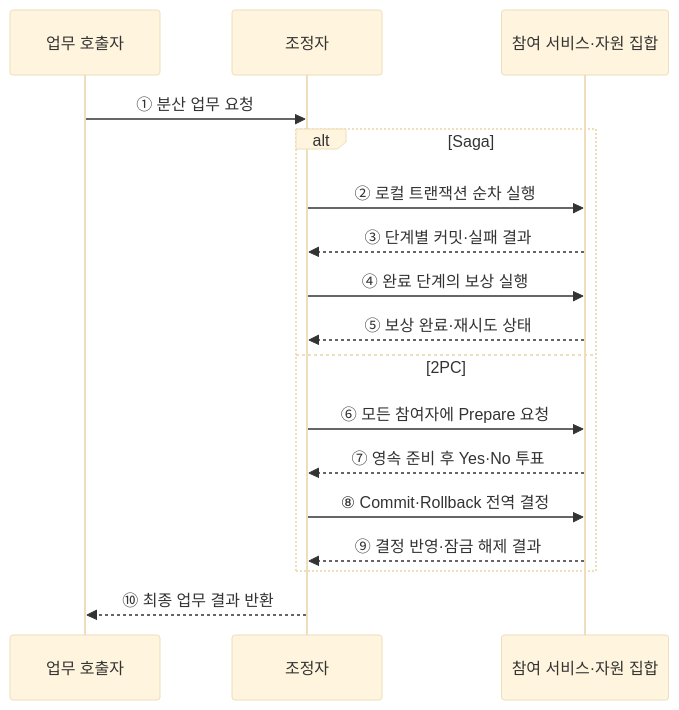
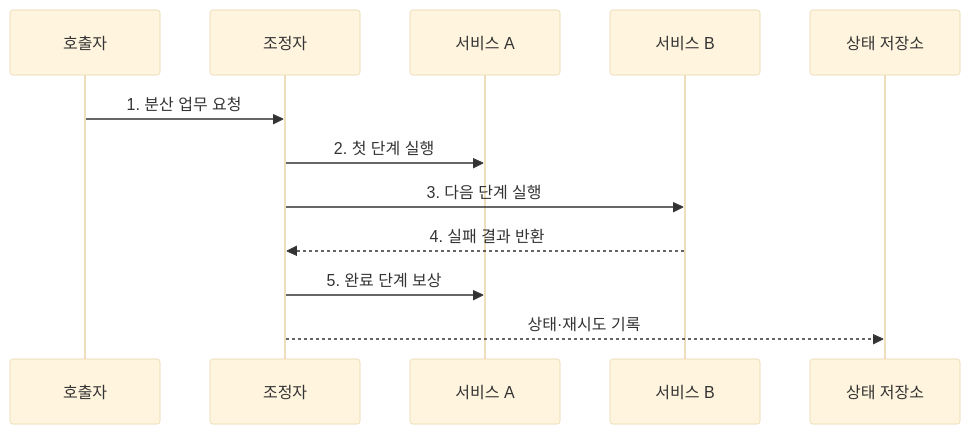
The second of 2 diagrams in src/content/docs/notes/03-software/179_saga_vs_2pc.md (agnusdei1207/knowledge-base), drawn with Mermaid (base theme) before and after one commit. The commit also changed other lines of this file and 20 other files, not shown here.

````diff
--- a/src/content/docs/notes/03-software/179_saga_vs_2pc.md
+++ b/src/content/docs/notes/03-software/179_saga_vs_2pc.md
@@ -72,19 +84,14 @@
 ```mermaid
 sequenceDiagram
-    participant C as 업무 호출자
+    participant C as 호출자
     participant O as 조정자
-    participant P as 참여 서비스·자원 집합
-    C->>O: ① 분산 업무 요청
-    alt Saga
-        O->>P: ② 로컬 트랜잭션 순차 실행
-        P-->>O: ③ 단계별 커밋·실패 결과
-        O->>P: ④ 완료 단계의 보상 실행
-        P-->>O: ⑤ 보상 완료·재시도 상태
-    else 2PC
-        O->>P: ⑥ 모든 참여자에 Prepare 요청
-        P-->>O: ⑦ 영속 준비 후 Yes·No 투표
-        O->>P: ⑧ Commit·Rollback 전역 결정
-        P-->>O: ⑨ 결정 반영·잠금 해제 결과
-    end
-    O-->>C: ⑩ 최종 업무 결과 반환
+    participant A as 서비스 A
+    participant B as 서비스 B
+    participant S as 상태 저장소
+    C->>O: 1. 분산 업무 요청
+    O->>A: 2. 첫 단계 실행
+    O->>B: 3. 다음 단계 실행
+    B-->>O: 4. 실패 결과 반환
+    O->>A: 5. 완료 단계 보상
+    O-->>S: 상태·재시도 기록
 ```
````
